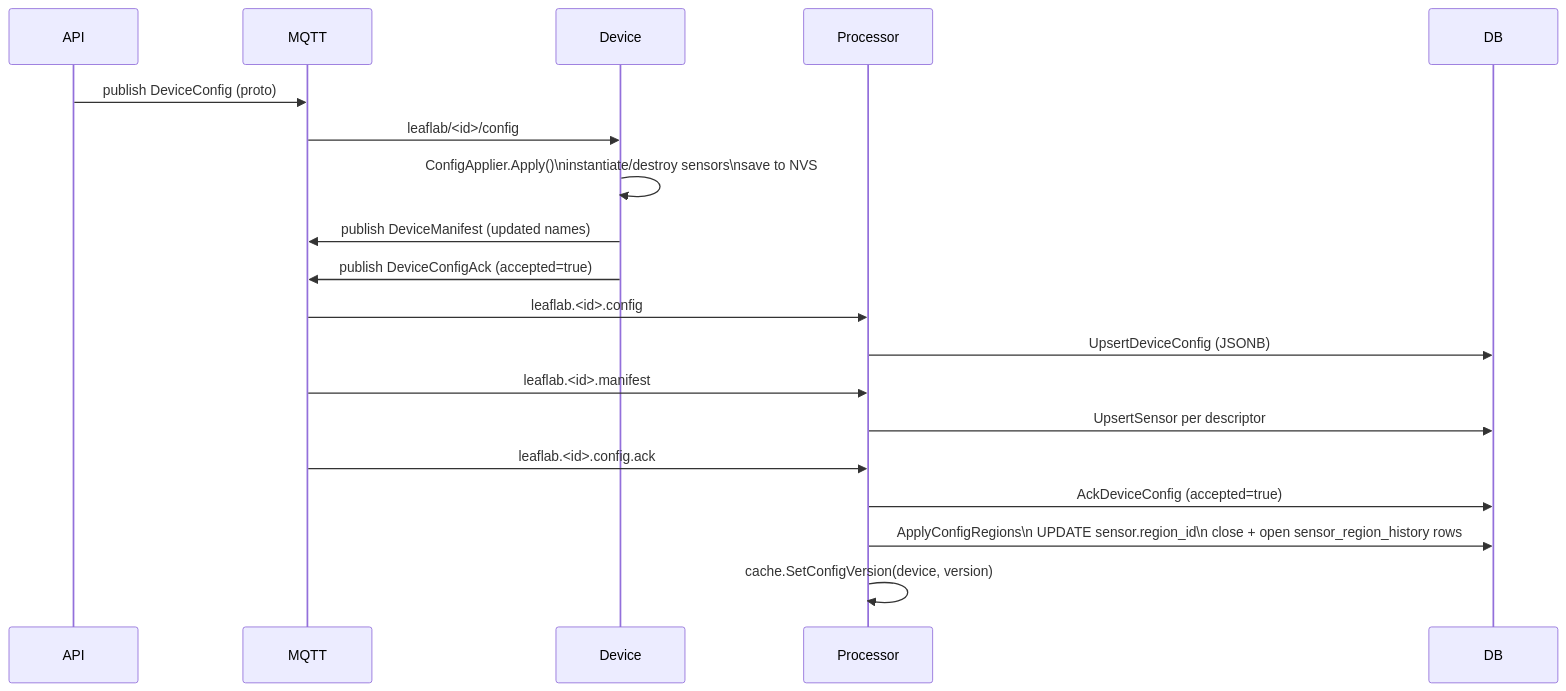
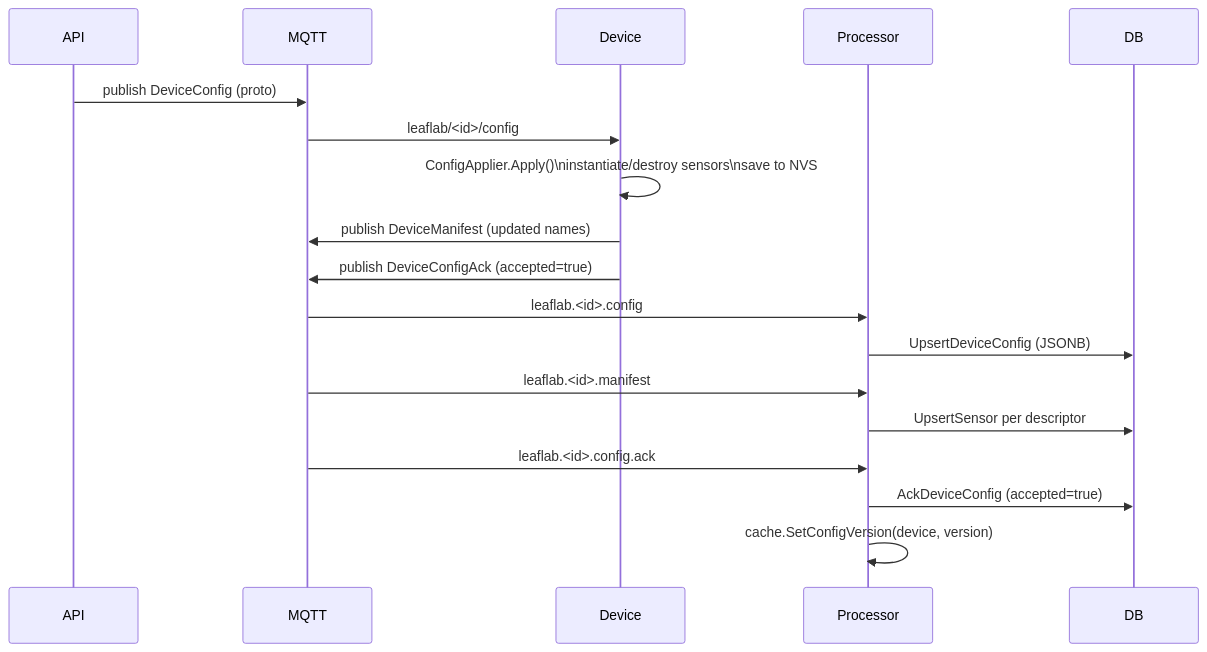
One commit to whale-net/everything changed the third of 4 diagrams in leaflab/DATA.md. Above: the diagram before and after it, drawn with Mermaid. The commit also changed other lines of this file and 11 other files, not shown here.

````diff
--- a/leaflab/DATA.md
+++ b/leaflab/DATA.md
@@ -292,22 +292,21 @@
 ```mermaid
 sequenceDiagram
     participant API
     participant MQTT
     participant Device
     participant Processor
     participant DB
 
     API->>MQTT: publish DeviceConfig (proto)
     MQTT->>Device: leaflab/<id>/config
     Device->>Device: ConfigApplier.Apply()\ninstantiate/destroy sensors\nsave to NVS
     Device->>MQTT: publish DeviceManifest (updated names)
     Device->>MQTT: publish DeviceConfigAck (accepted=true)
     MQTT->>Processor: leaflab.<id>.config
     Processor->>DB: UpsertDeviceConfig (JSONB)
     MQTT->>Processor: leaflab.<id>.manifest
     Processor->>DB: UpsertSensor per descriptor
     MQTT->>Processor: leaflab.<id>.config.ack
     Processor->>DB: AckDeviceConfig (accepted=true)
-    Processor->>DB: ApplyConfigRegions\n  UPDATE sensor.region_id\n  close + open sensor_region_history rows
     Processor->>Processor: cache.SetConfigVersion(device, version)
 ```
````
